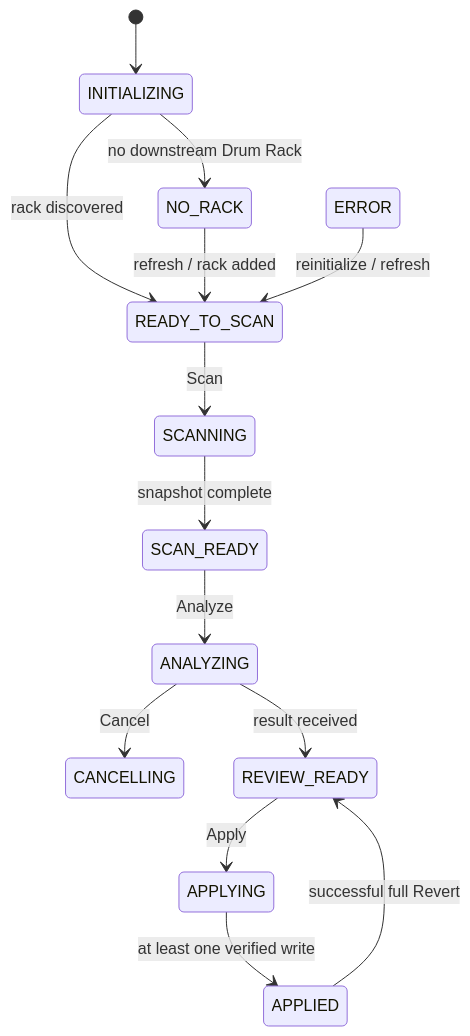
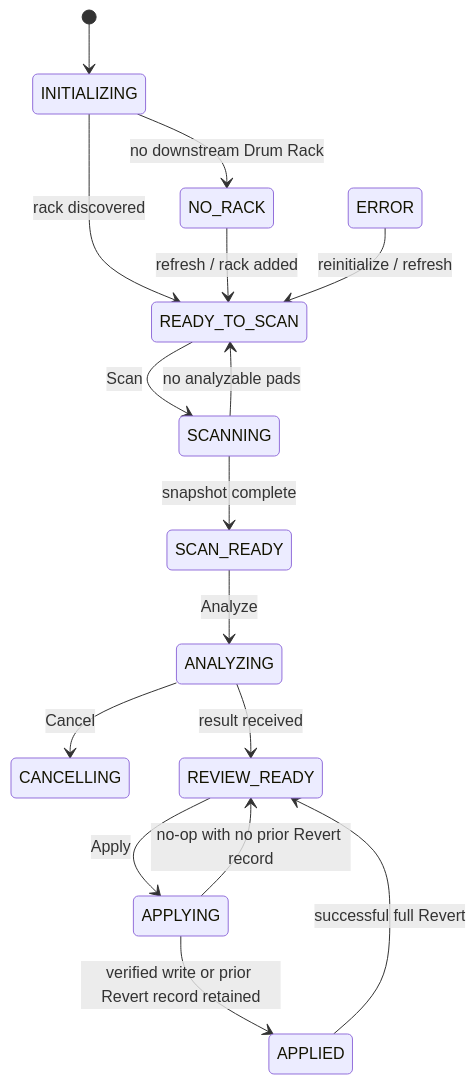
Before and after one commit to vvurld/drumslice-id: the second of 3 diagrams in docs/TECHNICAL_REFERENCE.md, drawn with Mermaid. The commit also changed other lines of this file and 63 other files, not shown here.

````diff
--- a/docs/TECHNICAL_REFERENCE.md
+++ b/docs/TECHNICAL_REFERENCE.md
@@ -59,16 +59,18 @@
 ```mermaid
 stateDiagram-v2
     [*] --> INITIALIZING
     INITIALIZING --> NO_RACK: no downstream Drum Rack
     INITIALIZING --> READY_TO_SCAN: rack discovered
     NO_RACK --> READY_TO_SCAN: refresh / rack added
     READY_TO_SCAN --> SCANNING: Scan
     SCANNING --> SCAN_READY: snapshot complete
+    SCANNING --> READY_TO_SCAN: no analyzable pads
     SCAN_READY --> ANALYZING: Analyze
     ANALYZING --> CANCELLING: Cancel
     ANALYZING --> REVIEW_READY: result received
     REVIEW_READY --> APPLYING: Apply
-    APPLYING --> APPLIED: at least one verified write
+    APPLYING --> APPLIED: verified write or prior Revert record retained
+    APPLYING --> REVIEW_READY: no-op with no prior Revert record
     APPLIED --> REVIEW_READY: successful full Revert
     ERROR --> READY_TO_SCAN: reinitialize / refresh
 ```
````
